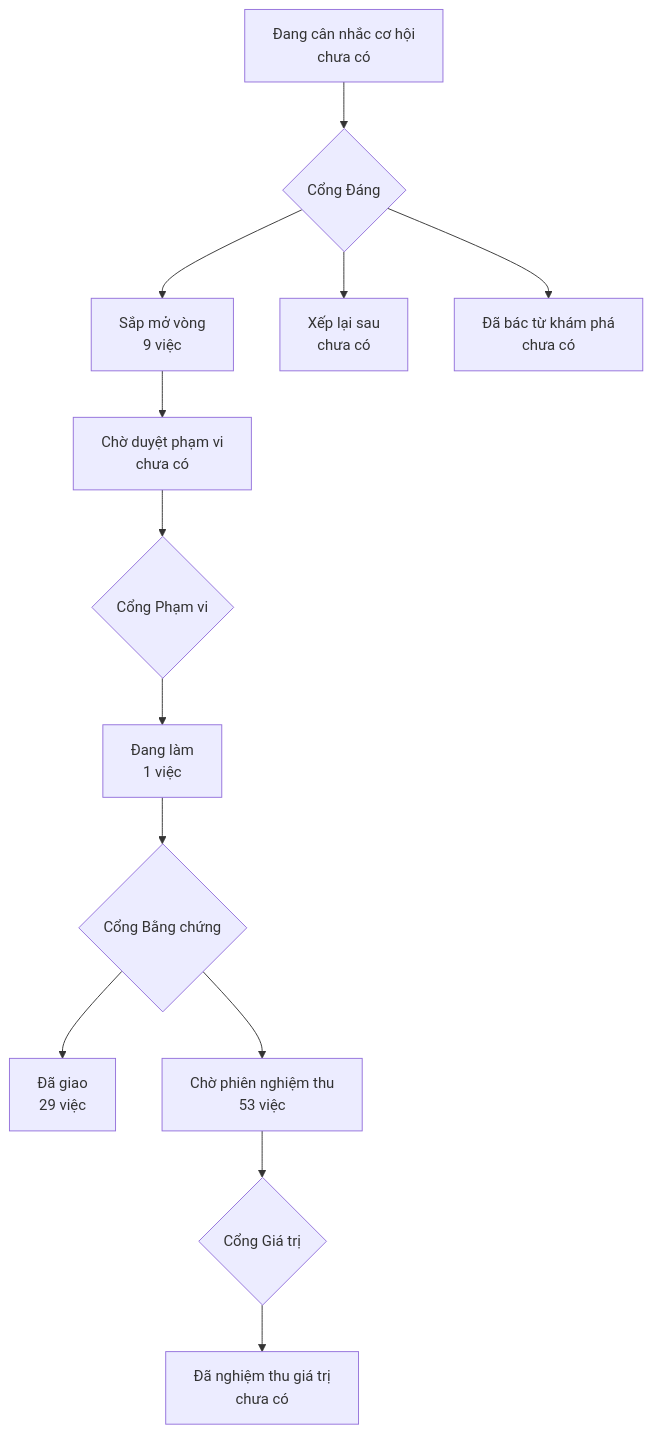
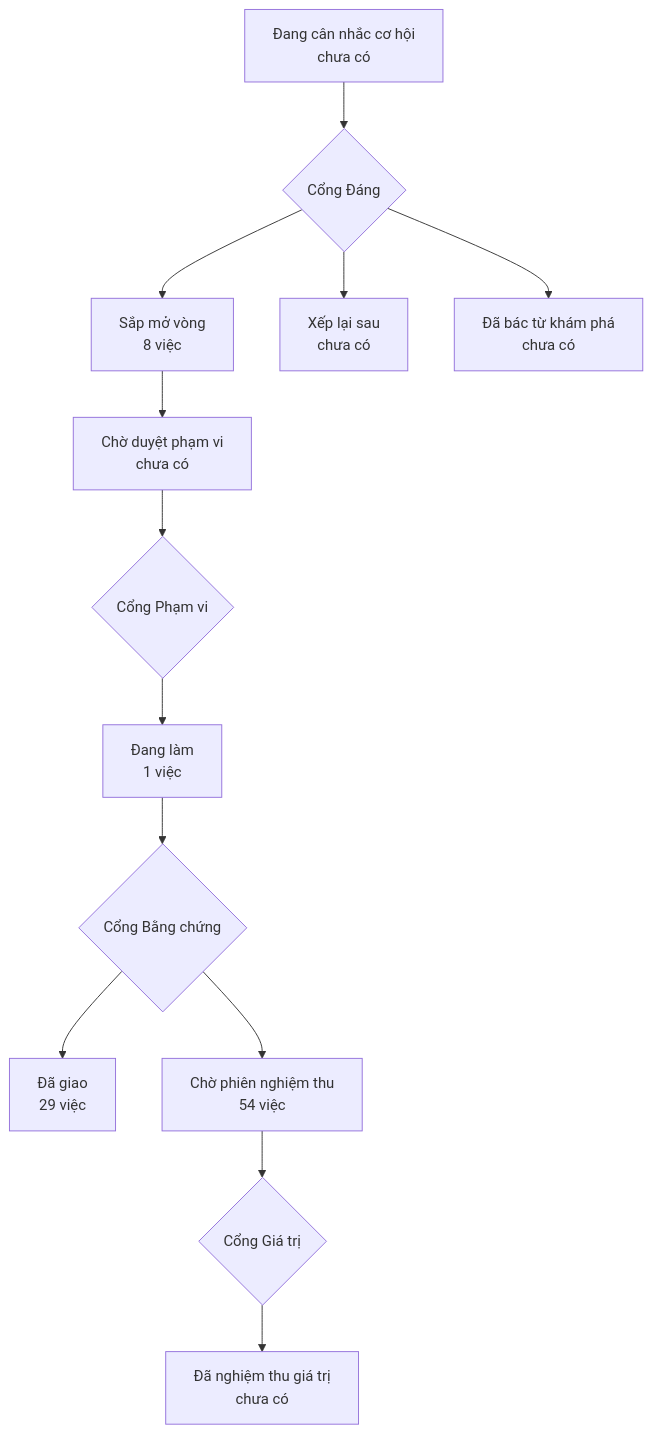
One commit to phanlemanh/onehub-inventory changed the diagram in PRODUCT-MAP.md. Above: the diagram before and after it, drawn with Mermaid. The commit also changed 1 other file, not shown here.

Commit message:
chore: redraw the product map and roadmap page after merging main

````diff
--- a/PRODUCT-MAP.md
+++ b/PRODUCT-MAP.md
@@ -7,12 +7,12 @@
 ```mermaid
 flowchart TD
   A["Đang cân nhắc cơ hội<br/>chưa có"] --> GD{"Cổng Đáng"}
-  GD --> B["Sắp mở vòng<br/>9 việc"]
+  GD --> B["Sắp mở vòng<br/>8 việc"]
   GD --> XL["Xếp lại sau<br/>chưa có"]
   GD --> DB["Đã bác từ khám phá<br/>chưa có"]
   B --> CD["Chờ duyệt phạm vi<br/>chưa có"] --> GP{"Cổng Phạm vi"}
   GP --> DL["Đang làm<br/>1 việc"] --> GB{"Cổng Bằng chứng"}
   GB --> DG["Đã giao<br/>29 việc"]
-  GB --> CN["Chờ phiên nghiệm thu<br/>53 việc"] --> GG{"Cổng Giá trị"}
+  GB --> CN["Chờ phiên nghiệm thu<br/>54 việc"] --> GG{"Cổng Giá trị"}
   GG --> NT["Đã nghiệm thu giá trị<br/>chưa có"]
 ```
````
